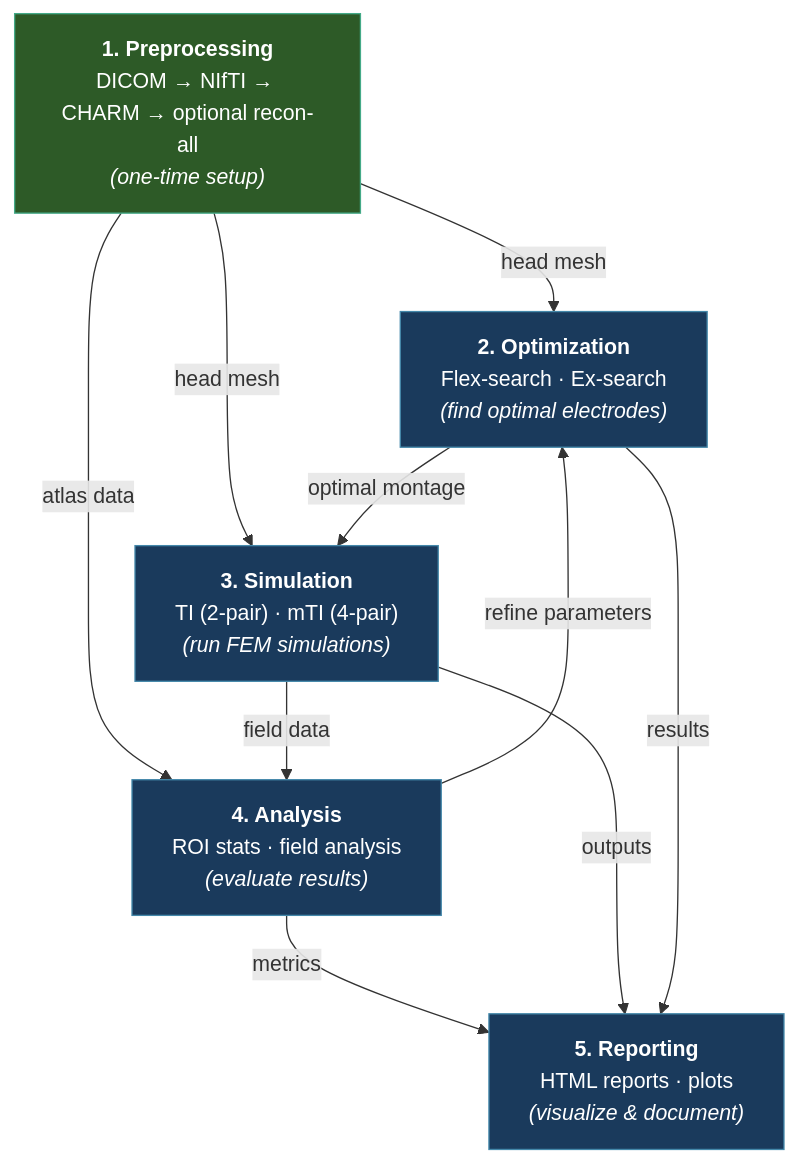
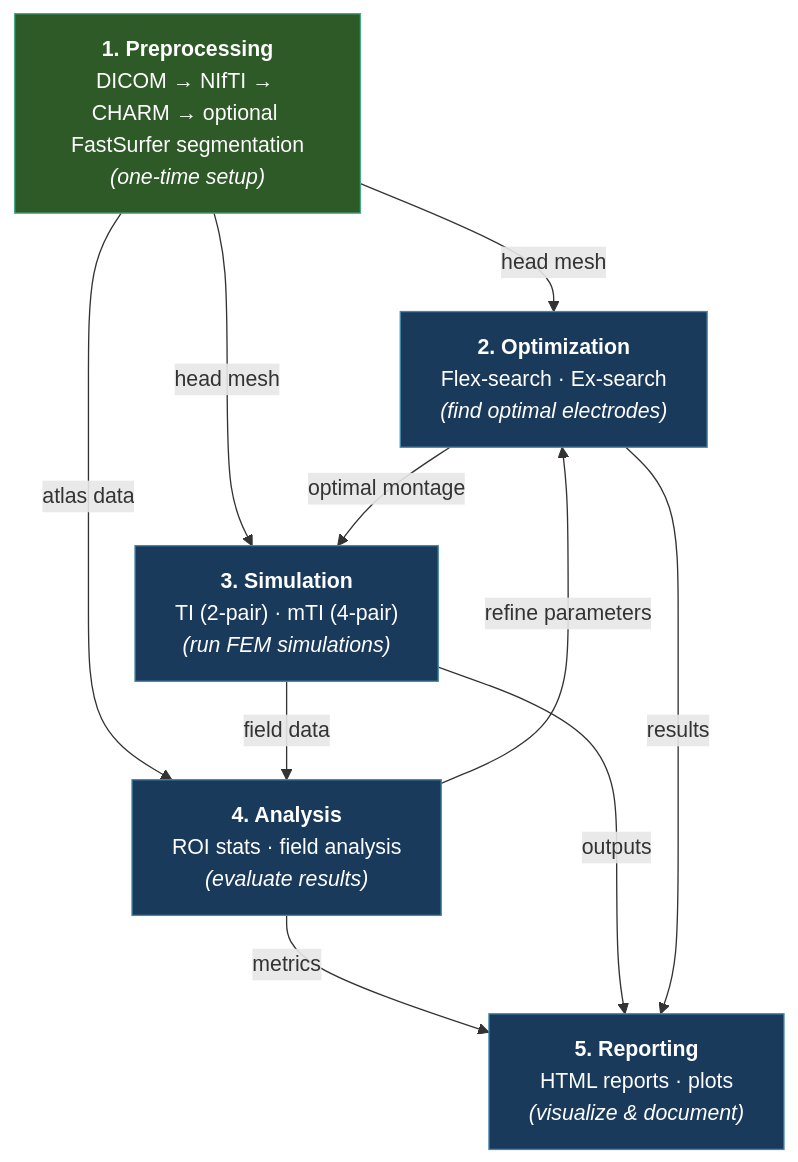
The diagram in docs/api_mkdocs/docs/index.md (idossha/TI-Toolbox), drawn with Mermaid before and after one commit. The commit also changed 30 other files, not shown here.

````diff
--- a/docs/api_mkdocs/docs/index.md
+++ b/docs/api_mkdocs/docs/index.md
@@ -9,38 +9,38 @@
 ```mermaid
 graph TD
     PRE["`**1. Preprocessing**
-    DICOM → NIfTI → CHARM → optional recon-all
+    DICOM → NIfTI → CHARM → optional FastSurfer segmentation
     *(one-time setup)*`"]
 
     OPT["`**2. Optimization**
     Flex-search · Ex-search
     *(find optimal electrodes)*`"]
 
     SIM["`**3. Simulation**
     TI (2-pair) · mTI (4-pair)
     *(run FEM simulations)*`"]
 
     ANA["`**4. Analysis**
     ROI stats · field analysis
     *(evaluate results)*`"]
 
     REP["`**5. Reporting**
     HTML reports · plots
     *(visualize & document)*`"]
 
     PRE -->|head mesh| OPT
     PRE -->|head mesh| SIM
     PRE -->|atlas data| ANA
     OPT -->|optimal montage| SIM
     SIM -->|field data| ANA
     ANA -->|metrics| REP
     ANA -->|refine parameters| OPT
     SIM -->|outputs| REP
     OPT -->|results| REP
 
     style PRE fill:#2d5a27,stroke:#4a8,color:#fff
     style OPT fill:#1a3a5c,stroke:#48a,color:#fff
     style SIM fill:#1a3a5c,stroke:#48a,color:#fff
     style ANA fill:#1a3a5c,stroke:#48a,color:#fff
     style REP fill:#1a3a5c,stroke:#48a,color:#fff
 ```
````
